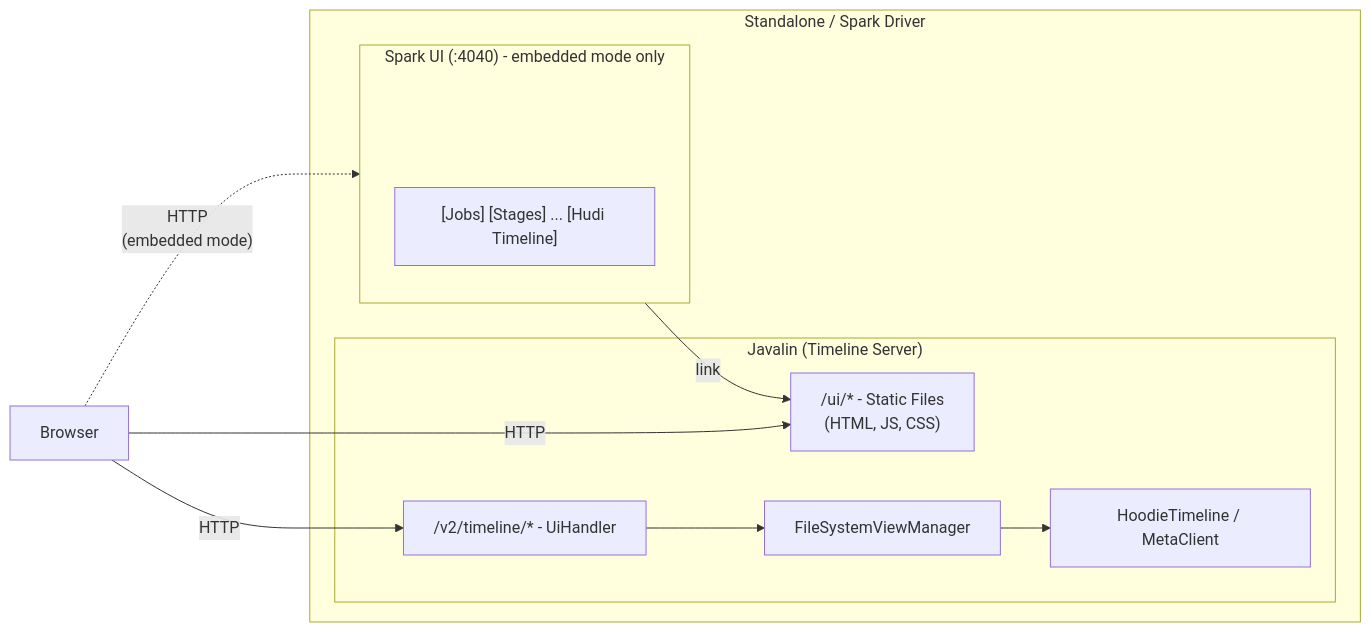
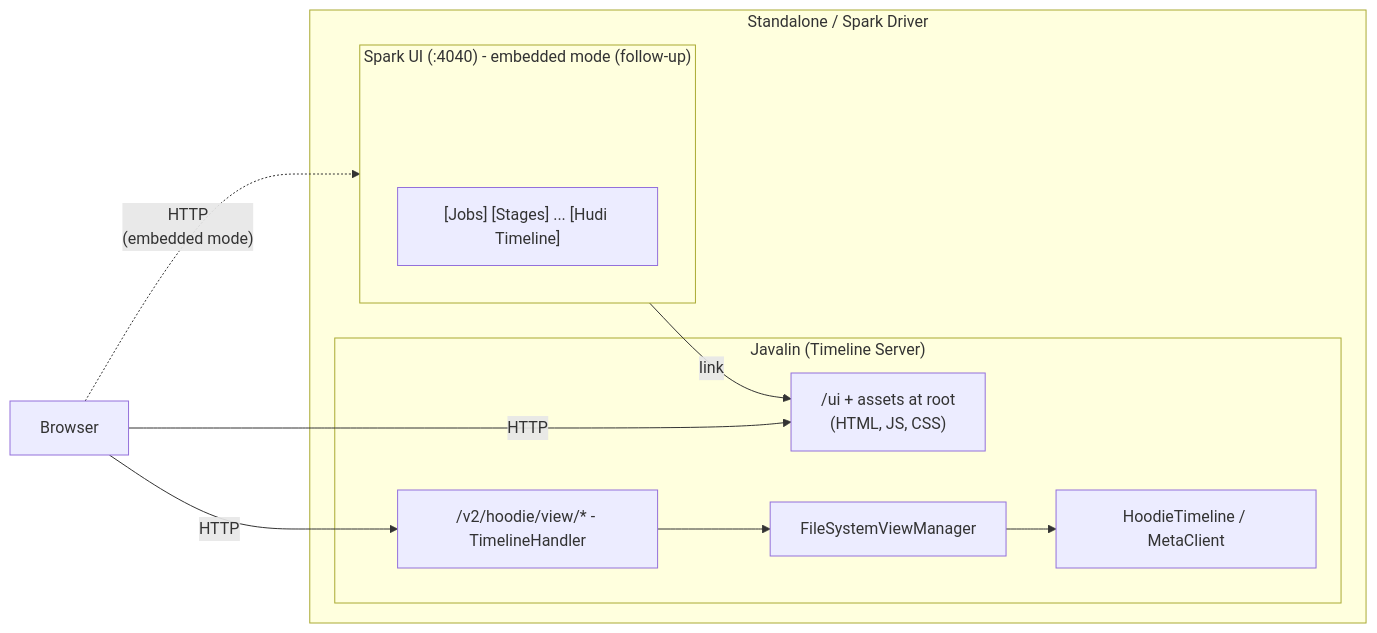
One commit to apache/hudi changed the diagram in rfc/rfc-94/rfc-94.md. Above: the diagram before and after it, drawn with Mermaid. The commit also changed other lines of this file, not shown here.

First line of the commit message:
docs(rfc-94): align RFC with implementation; defer embedded mode + Spark UI tab

````diff
--- a/rfc/rfc-94/rfc-94.md
+++ b/rfc/rfc-94/rfc-94.md
@@ -129,28 +135,28 @@
 ```mermaid
 graph LR
     Browser["Browser"]
 
     subgraph Driver["Standalone / Spark Driver"]
         subgraph TimelineServer["Javalin (Timeline Server)"]
-            Static["/ui/* - Static Files\n(HTML, JS, CSS)"]
-            API["/v2/timeline/* - UiHandler"]
+            Static["/ui + assets at root\n(HTML, JS, CSS)"]
+            API["/v2/hoodie/view/* - TimelineHandler"]
             FSVM["FileSystemViewManager"]
             Meta["HoodieTimeline / MetaClient"]
 
             API --> FSVM --> Meta
         end
 
-        subgraph SparkUI["Spark UI (:4040) - embedded mode only"]
+        subgraph SparkUI["Spark UI (:4040) - embedded mode (follow-up)"]
             direction TB
             SparkUIPad[ ] ~~~ Tabs["[Jobs] [Stages] ... [Hudi Timeline]"]
         end
 
         style SparkUIPad fill:none,stroke:none,color:none
 
         Tabs -- "link" --> Static
     end
 
     Browser -- "HTTP" --> Static
     Browser -- "HTTP" --> API
     Browser -. "HTTP\n(embedded mode)" .-> SparkUI
 ```
````
